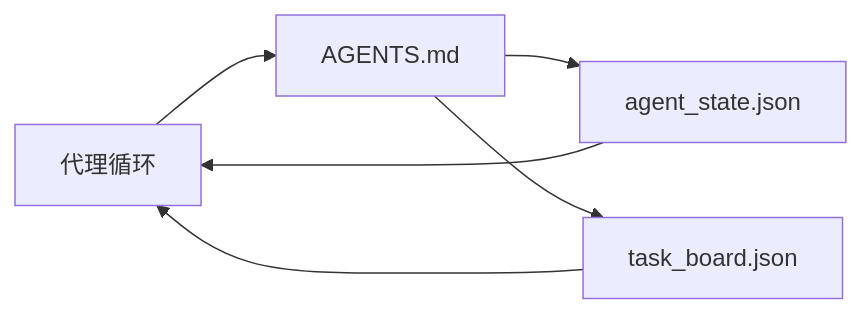
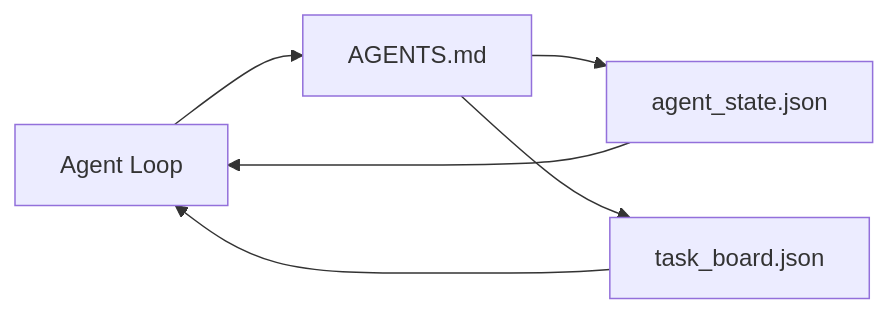
The diagram in i18n/zh/phases/14-agent-engineering/32-minimal-agent-workbench/docs/zh.md (xiaojiaenen/ai-engineering-from-scratch-zh), drawn with Mermaid before and after one commit. The commit also changed other lines of this file and 54 other files, not shown here.

````diff
--- a/i18n/zh/phases/14-agent-engineering/32-minimal-agent-workbench/docs/zh.md
+++ b/i18n/zh/phases/14-agent-engineering/32-minimal-agent-workbench/docs/zh.md
@@ -27,8 +27,8 @@
 ```mermaid
 flowchart LR
-  Agent[代理循环] --> Router[AGENTS.md]
+  Agent[Agent Loop] --> Router[AGENTS.md]
   Router --> State[agent_state.json]
   Router --> Board[task_board.json]
   State --> Agent
   Board --> Agent
 ```
````
